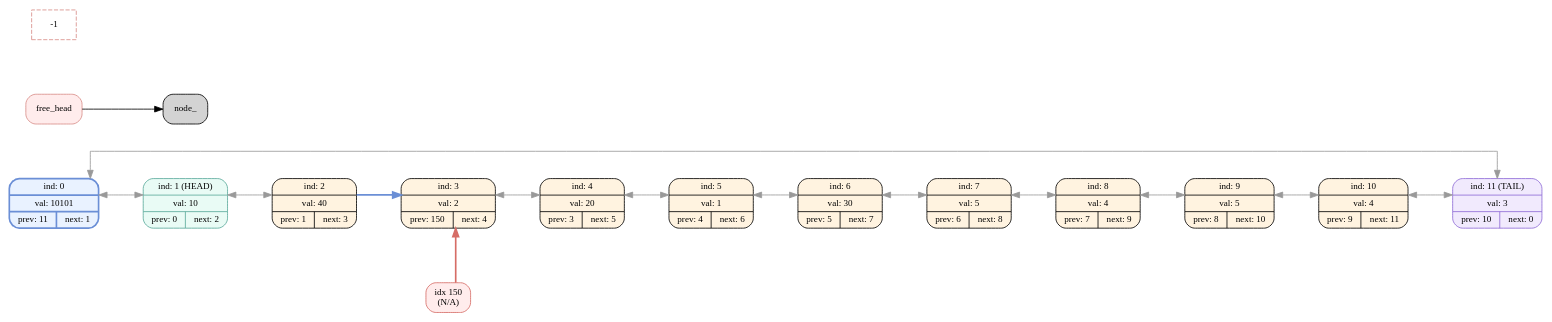
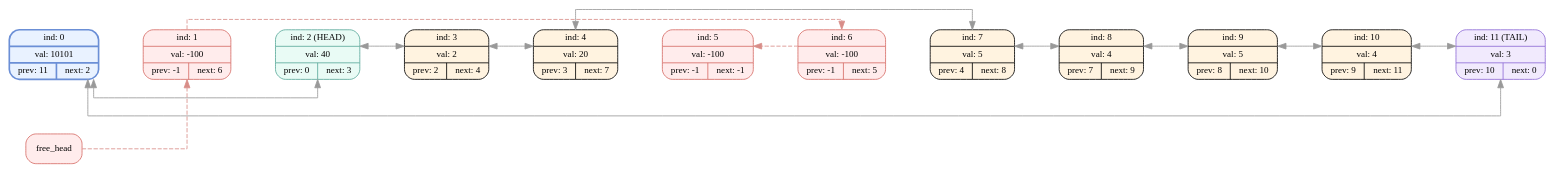
Before and after one commit to EvilTomato9890/DEAD_List: the diagram in dumps/dump_005.dot, drawn with Graphviz. The commit also changed 41 other files, not shown here.

```diff
--- a/dumps/dump_005.dot
+++ b/dumps/dump_005.dot
@@ -1,48 +1,43 @@
 digraph G{
   rankdir=LR;
   splines=ortho;
   nodesep=0.9;
   ranksep=0.75;
   node [fontname="Fira Mono",shape=record,style="filled,rounded",fontsize=11];
-  node_0[shape=record,label="ind: 0 | val: 10101 | { prev: 11 | next: 1 }",color="#6b8fd6",style="filled,bold,rounded",fillcolor="#e9f2ff"];
-  node_1[shape=record,label=" ind: 1 (HEAD) | val: 10 | { prev: 0 | next: 2 } ",color="#5aa99b",fillcolor="#e9fbf5"];
-  node_2[shape=record,label=" ind: 2 | val: 40 | { prev: 1 | next: 3 } ",color="#000000",fillcolor="#fff3e0"];
-  node_3[shape=record,label=" ind: 3 | val: 2 | { prev: 150 | next: 4 } ",color="#000000",fillcolor="#fff3e0"];
-  node_4[shape=record,label=" ind: 4 | val: 20 | { prev: 3 | next: 5 } ",color="#000000",fillcolor="#fff3e0"];
-  node_5[shape=record,label=" ind: 5 | val: 1 | { prev: 4 | next: 6 } ",color="#000000",fillcolor="#fff3e0"];
-  node_6[shape=record,label=" ind: 6 | val: 30 | { prev: 5 | next: 7 } ",color="#000000",fillcolor="#fff3e0"];
-  node_7[shape=record,label=" ind: 7 | val: 5 | { prev: 6 | next: 8 } ",color="#000000",fillcolor="#fff3e0"];
+  node_0[shape=record,label="ind: 0 | val: 10101 | { prev: 11 | next: 2 }",color="#6b8fd6",style="filled,bold,rounded",fillcolor="#e9f2ff"];
+  node_1[shape=record,label=" ind: 1 | val: -100 | { prev: -1 | next: 6 } ",style="filled,rounded",color="#d66d66",fillcolor="#ffecec"];
+  node_2[shape=record,label=" ind: 2 (HEAD) | val: 40 | { prev: 0 | next: 3 } ",color="#5aa99b",fillcolor="#e9fbf5"];
+  node_3[shape=record,label=" ind: 3 | val: 2 | { prev: 2 | next: 4 } ",color="#000000",fillcolor="#fff3e0"];
+  node_4[shape=record,label=" ind: 4 | val: 20 | { prev: 3 | next: 7 } ",color="#000000",fillcolor="#fff3e0"];
+  node_5[shape=record,label=" ind: 5 | val: -100 | { prev: -1 | next: -1 } ",style="filled,rounded",color="#d66d66",fillcolor="#ffecec"];
+  node_6[shape=record,label=" ind: 6 | val: -100 | { prev: -1 | next: 5 } ",style="filled,rounded",color="#d66d66",fillcolor="#ffecec"];
+  node_7[shape=record,label=" ind: 7 | val: 5 | { prev: 4 | next: 8 } ",color="#000000",fillcolor="#fff3e0"];
   node_8[shape=record,label=" ind: 8 | val: 4 | { prev: 7 | next: 9 } ",color="#000000",fillcolor="#fff3e0"];
   node_9[shape=record,label=" ind: 9 | val: 5 | { prev: 8 | next: 10 } ",color="#000000",fillcolor="#fff3e0"];
   node_10[shape=record,label=" ind: 10 | val: 4 | { prev: 9 | next: 11 } ",color="#000000",fillcolor="#fff3e0"];
   node_11[shape=record,label=" ind: 11 (TAIL) | val: 3 | { prev: 10 | next: 0 } ",color="#8e6bd6",fillcolor="#f1eafd"];
   node_0 -> node_1 [weight=1000,style=invis];
   node_1 -> node_2 [weight=1000,style=invis];
   node_2 -> node_3 [weight=1000,style=invis];
   node_3 -> node_4 [weight=1000,style=invis];
   node_4 -> node_5 [weight=1000,style=invis];
   node_5 -> node_6 [weight=1000,style=invis];
   node_6 -> node_7 [weight=1000,style=invis];
   node_7 -> node_8 [weight=1000,style=invis];
   node_8 -> node_9 [weight=1000,style=invis];
   node_9 -> node_10 [weight=1000,style=invis];
   node_10 -> node_11 [weight=1000,style=invis];
-  node_0 -> node_1 [dir=both, color="#999999", constraint=false];
-  node_1 -> node_2 [dir=both, color="#999999", constraint=false];
-  node_2 -> node_3 [color="#6b8fd6", penwidth=2.2, constraint=false];
+  node_1 -> node_6 [color="#d88d88", style=dashed, constraint=false];
+  node_6 -> node_5 [color="#d88d88", style=dashed, constraint=false];
+  node_0 -> node_2 [dir=both, color="#999999", constraint=false];
+  node_2 -> node_3 [dir=both, color="#999999", constraint=false];
   node_3 -> node_4 [dir=both, color="#999999", constraint=false];
-  node_4 -> node_5 [dir=both, color="#999999", constraint=false];
-  node_5 -> node_6 [dir=both, color="#999999", constraint=false];
-  node_6 -> node_7 [dir=both, color="#999999", constraint=false];
+  node_4 -> node_7 [dir=both, color="#999999", constraint=false];
   node_7 -> node_8 [dir=both, color="#999999", constraint=false];
   node_8 -> node_9 [dir=both, color="#999999", constraint=false];
   node_9 -> node_10 [dir=both, color="#999999", constraint=false];
   node_10 -> node_11 [dir=both, color="#999999", constraint=false];
   node_11 -> node_0 [dir=both, color="#999999", constraint=false];
-  node_bad_p_3 [label="idx 150\n(N/A)",shape=rectangle,style="filled,rounded",color="#d66d66",fillcolor="#ffecec"];
-  node_bad_p_3 -> node_3 [style="bold", color="#d66d66", constraint=false];
-  node_3 -> node_bad_p_3 [style=invis, constraint=true, weight=60, minlen=1];
-  {rank=same; node_3; node_bad_p_3;}
-  node_free [label=free_head,color="#d88d88",shape=rectangle,style="filled,rounded",fillcolor="#ffecec"];
-  node_free -> node_-1 [color="#d88d88", style=dashed, constraint=false];
+  node_free [label=free_head,color="#d66d66",shape=rectangle,style="filled,rounded",fillcolor="#ffecec"];
+  node_free -> node_1 [color="#d88d88", style=dashed, constraint=false];
 }
```
